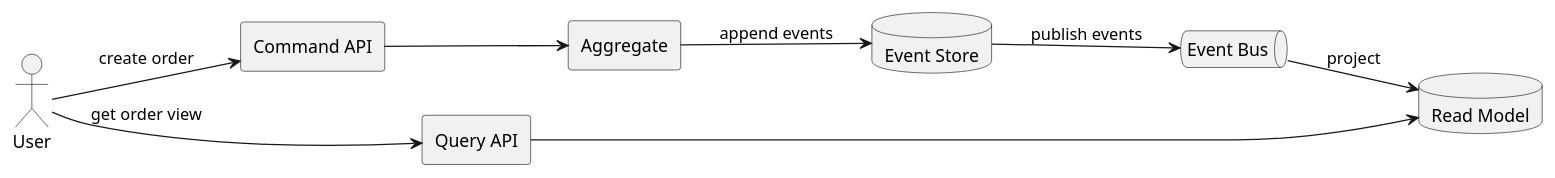
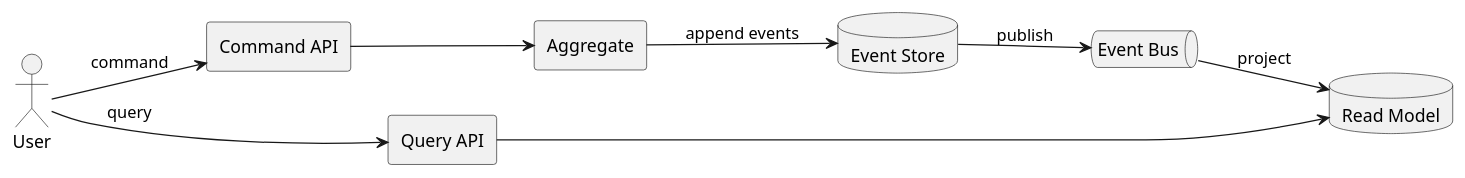
One commit to iwizy/analyst_kb changed the diagram in docs/architecture/systems-architecture/event-sourcing-cqrs.md. Above: the diagram before and after it, drawn with PlantUML. The commit also changed other lines of this file and 30 other files, not shown here.

````diff
--- a/docs/architecture/systems-architecture/event-sourcing-cqrs.md
+++ b/docs/architecture/systems-architecture/event-sourcing-cqrs.md
@@ -24,20 +39,19 @@
 ```kroki-plantuml
 @startuml
 left to right direction
 actor User
-rectangle "Command API" as Cmd
-rectangle "Aggregate" as Agg
+rectangle "Command API" as CMD
+rectangle "Aggregate" as AGG
 database "Event Store" as ES
-queue "Event Bus" as Bus
+queue "Event Bus" as BUS
 database "Read Model" as RM
-rectangle "Query API" as Query
-
-User --> Cmd : create order
-Cmd --> Agg
-Agg --> ES : append events
-ES --> Bus : publish events
-Bus --> RM : project
-User --> Query : get order view
-Query --> RM
+rectangle "Query API" as Q
+User --> CMD : command
+CMD --> AGG
+AGG --> ES : append events
+ES --> BUS : publish
+BUS --> RM : project
+User --> Q : query
+Q --> RM
 @enduml
 ```
````
